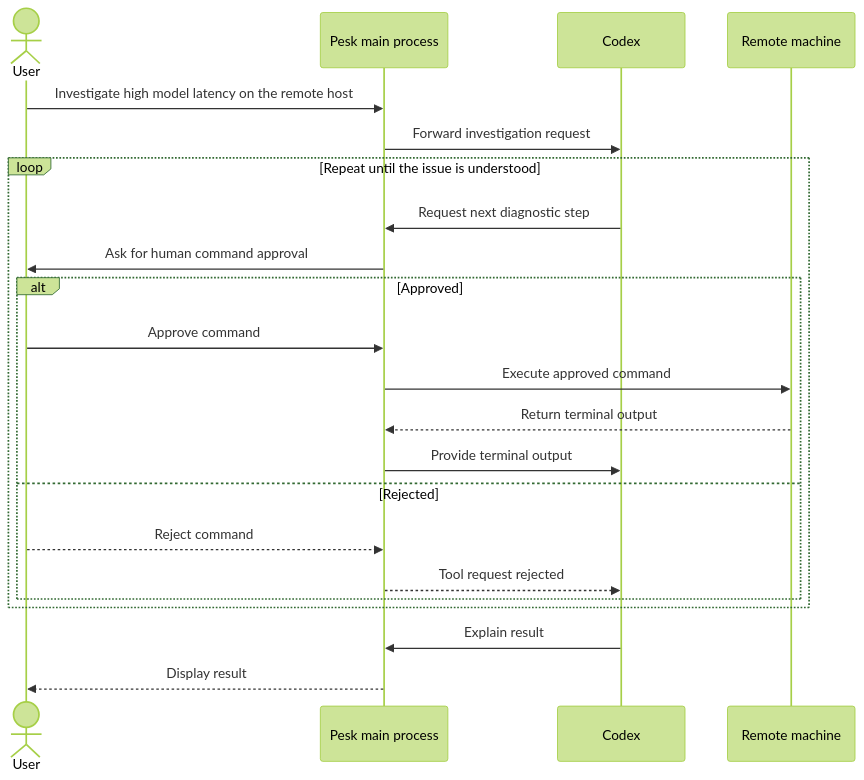
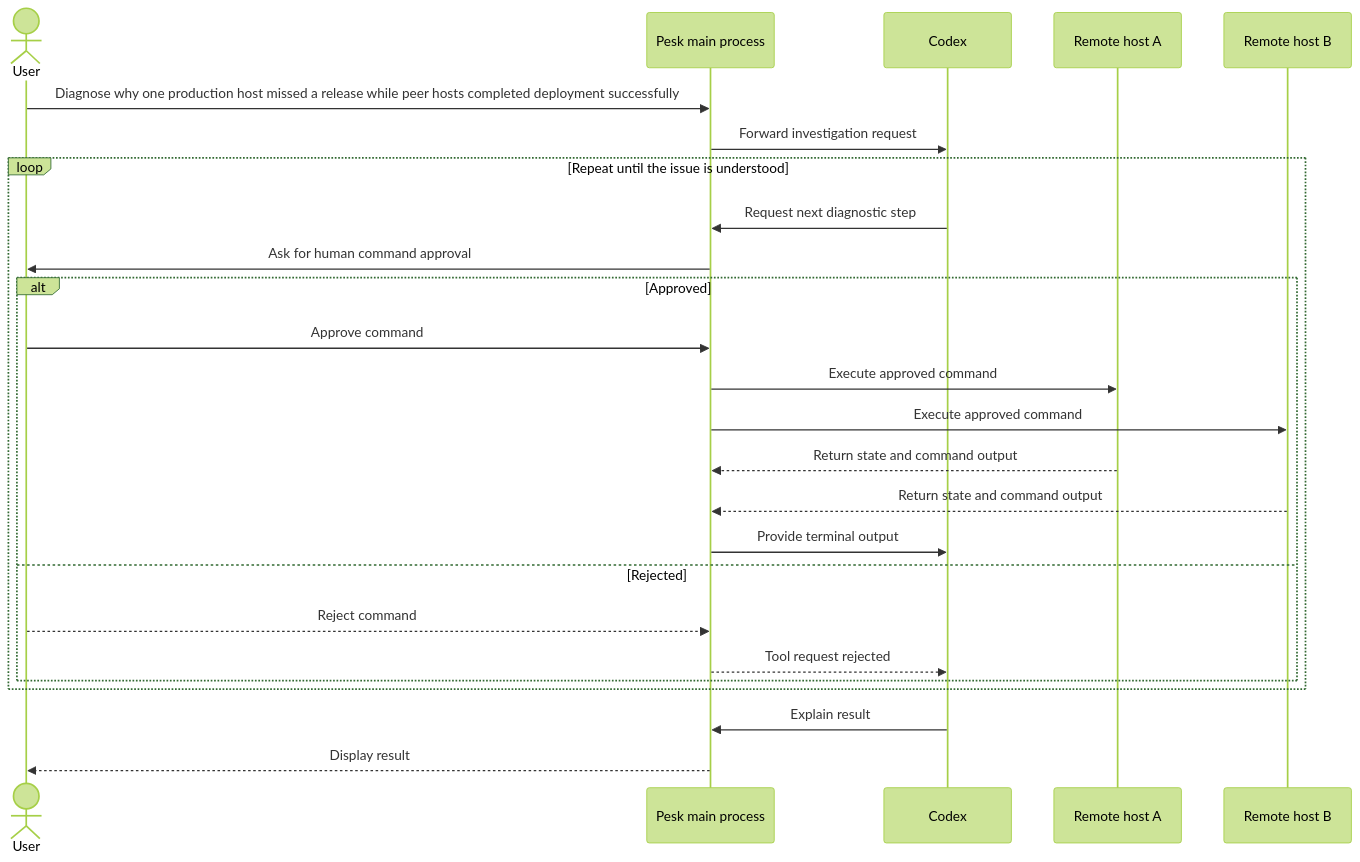
Before and after one commit to dev6699/pesk: the second of 2 diagrams in README.md, drawn with Mermaid (forest theme). The commit also changed other lines of this file and 24 other files, not shown here.

Commit message:
add multi-session remote terminal support

````diff
--- a/README.md
+++ b/README.md
@@ -82,25 +82,28 @@
 ```mermaid
 sequenceDiagram
   actor User
   participant Pesk as Pesk main process
   participant Codex
-  participant Remote as Remote machine
+  participant HostA as Remote host A
+  participant HostB as Remote host B
 
-  User->>Pesk: Investigate high model latency on the remote host
+  User->>Pesk: Diagnose why one production host missed a release while peer hosts completed deployment successfully
   Pesk->>Codex: Forward investigation request
   loop Repeat until the issue is understood
     Codex->>Pesk: Request next diagnostic step
     Pesk->>User: Ask for human command approval
     alt Approved
       User->>Pesk: Approve command
-      Pesk->>Remote: Execute approved command
-      Remote-->>Pesk: Return terminal output
+      Pesk->>HostA: Execute approved command
+      Pesk->>HostB: Execute approved command
+      HostA-->>Pesk: Return state and command output
+      HostB-->>Pesk: Return state and command output
       Pesk->>Codex: Provide terminal output
     else Rejected
       User-->>Pesk: Reject command
       Pesk-->>Codex: Tool request rejected
     end
   end
   Codex->>Pesk: Explain result
   Pesk-->>User: Display result
 ```
````
